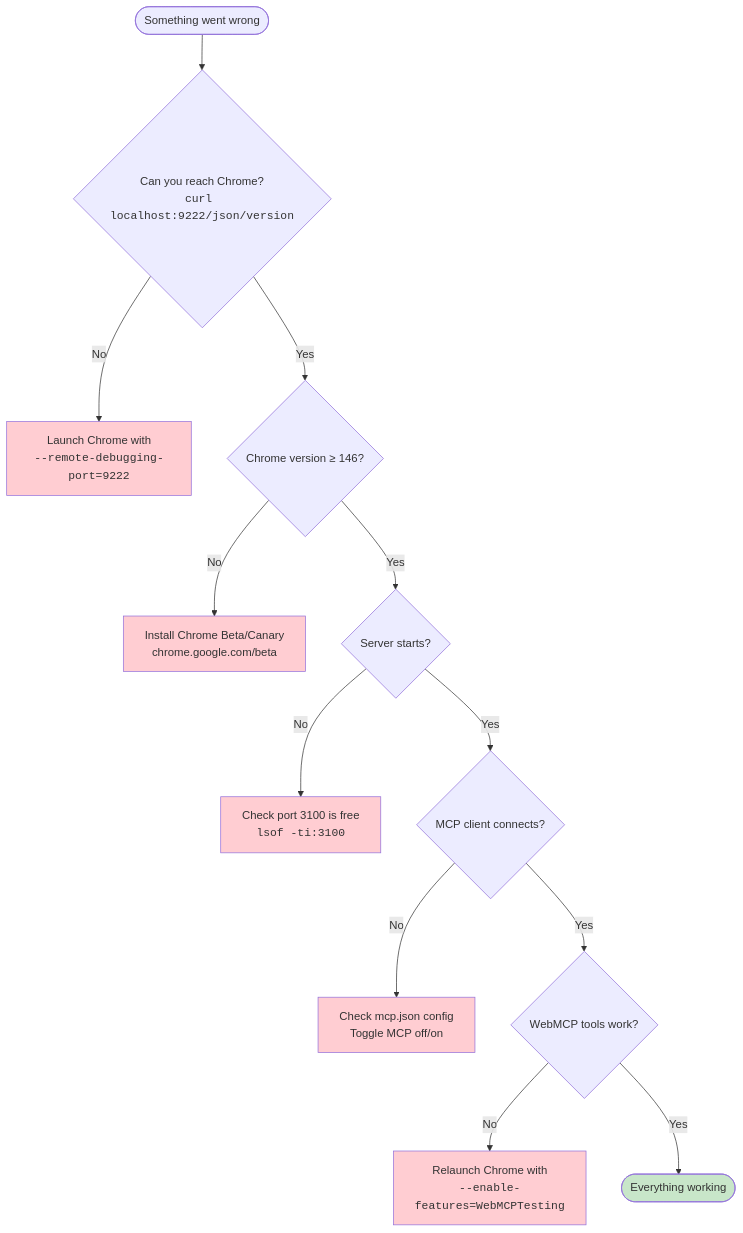
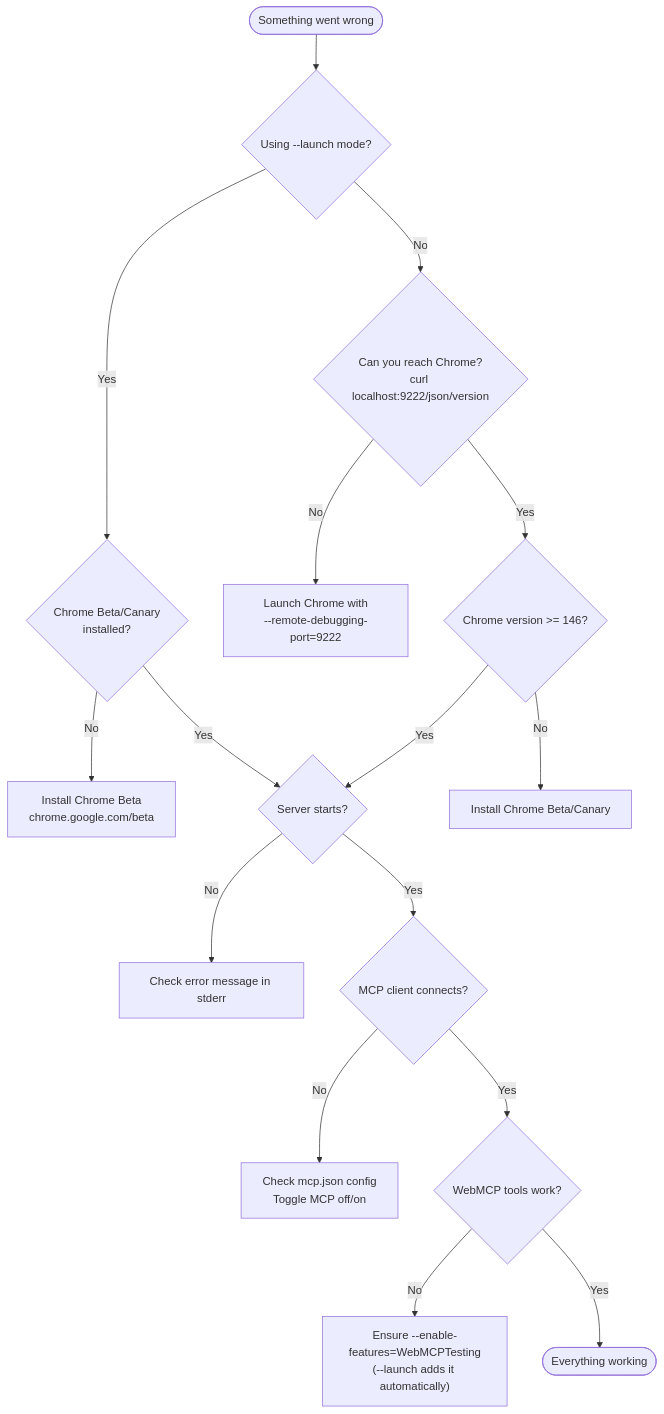
Before and after one commit to tech-sumit/react-webmcp: the fifth of 5 diagrams in projects/webmcp/ai-inspector-server/README.md, drawn with Mermaid. The commit also changed other lines of this file and 8 other files, not shown here.

First line of the commit message:
feat: add stdio transport and browser launch mode to ai-inspector-server

````diff
--- a/projects/webmcp/ai-inspector-server/README.md
+++ b/projects/webmcp/ai-inspector-server/README.md
@@ -478,21 +405,18 @@
 ```mermaid
 flowchart TD
-    Problem([Something went wrong]) --> Q1{"Can you reach Chrome?<br/><code>curl localhost:9222/json/version</code>"}
-    Q1 -- No --> F1["Launch Chrome with<br/><code>--remote-debugging-port=9222</code>"]
-    Q1 -- Yes --> Q2{"Chrome version ≥ 146?"}
-    Q2 -- No --> F2["Install Chrome Beta/Canary<br/>chrome.google.com/beta"]
+    Problem(["Something went wrong"]) --> Q0{"Using --launch mode?"}
+    Q0 -- Yes --> Q0a{"Chrome Beta/Canary<br/>installed?"}
+    Q0a -- No --> F0["Install Chrome Beta<br/>chrome.google.com/beta"]
+    Q0a -- Yes --> Q3
+    Q0 -- No --> Q1{"Can you reach Chrome?<br/>curl localhost:9222/json/version"}
+    Q1 -- No --> F1["Launch Chrome with<br/>--remote-debugging-port=9222"]
+    Q1 -- Yes --> Q2{"Chrome version >= 146?"}
+    Q2 -- No --> F2["Install Chrome Beta/Canary"]
     Q2 -- Yes --> Q3{"Server starts?"}
-    Q3 -- No --> F3["Check port 3100 is free<br/><code>lsof -ti:3100</code>"]
+    Q3 -- No --> F3["Check error message in stderr"]
     Q3 -- Yes --> Q4{"MCP client connects?"}
     Q4 -- No --> F4["Check mcp.json config<br/>Toggle MCP off/on"]
     Q4 -- Yes --> Q5{"WebMCP tools work?"}
-    Q5 -- No --> F5["Relaunch Chrome with<br/><code>--enable-features=WebMCPTesting</code>"]
+    Q5 -- No --> F5["Ensure --enable-features=WebMCPTesting<br/>(--launch adds it automatically)"]
     Q5 -- Yes --> OK(["Everything working"])
-
-    style F1 fill:#ffcdd2
-    style F2 fill:#ffcdd2
-    style F3 fill:#ffcdd2
-    style F4 fill:#ffcdd2
-    style F5 fill:#ffcdd2
-    style OK fill:#c8e6c9
 ```
````
